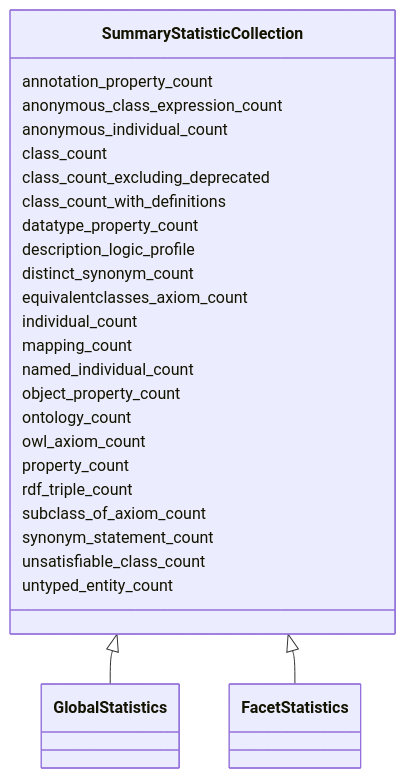
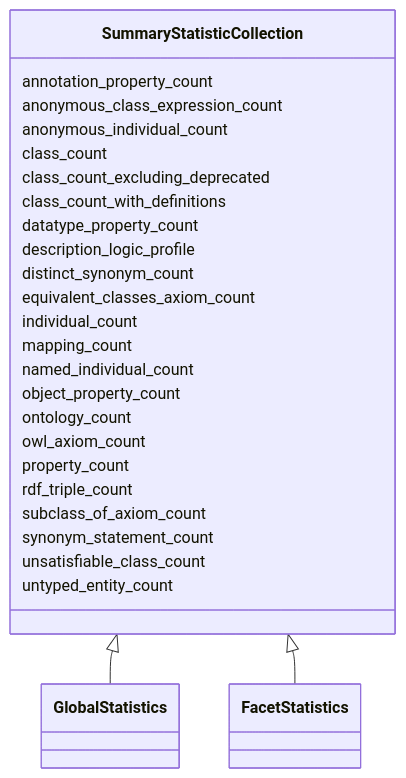
The diagram in summary-statistics/SummaryStatisticCollection.md (INCATools/ontology-access-kit), drawn with Mermaid before and after one commit. The commit also changed other lines of this file and 150 other files, not shown here.

````diff
--- a/summary-statistics/SummaryStatisticCollection.md
+++ b/summary-statistics/SummaryStatisticCollection.md
@@ -13,29 +13,29 @@
 ```{mermaid}
  classDiagram
       SummaryStatisticCollection <|-- GlobalStatistics
       SummaryStatisticCollection <|-- FacetStatistics
       
       SummaryStatisticCollection : annotation_property_count
       SummaryStatisticCollection : anonymous_class_expression_count
       SummaryStatisticCollection : anonymous_individual_count
       SummaryStatisticCollection : class_count
       SummaryStatisticCollection : class_count_excluding_deprecated
       SummaryStatisticCollection : class_count_with_definitions
       SummaryStatisticCollection : datatype_property_count
       SummaryStatisticCollection : description_logic_profile
       SummaryStatisticCollection : distinct_synonym_count
-      SummaryStatisticCollection : equivalentclasses_axiom_count
+      SummaryStatisticCollection : equivalent_classes_axiom_count
       SummaryStatisticCollection : individual_count
       SummaryStatisticCollection : mapping_count
       SummaryStatisticCollection : named_individual_count
       SummaryStatisticCollection : object_property_count
       SummaryStatisticCollection : ontology_count
       SummaryStatisticCollection : owl_axiom_count
       SummaryStatisticCollection : property_count
       SummaryStatisticCollection : rdf_triple_count
       SummaryStatisticCollection : subclass_of_axiom_count
       SummaryStatisticCollection : synonym_statement_count
       SummaryStatisticCollection : unsatisfiable_class_count
       SummaryStatisticCollection : untyped_entity_count
       
 ```
````
